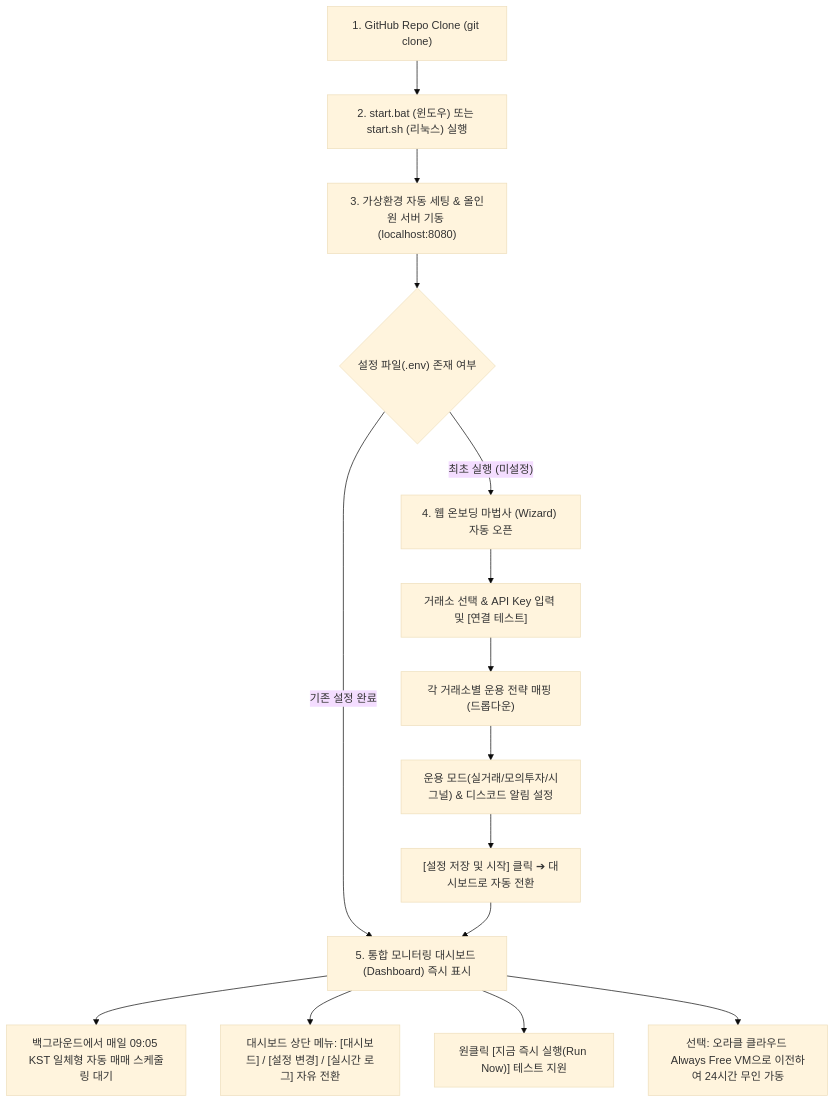
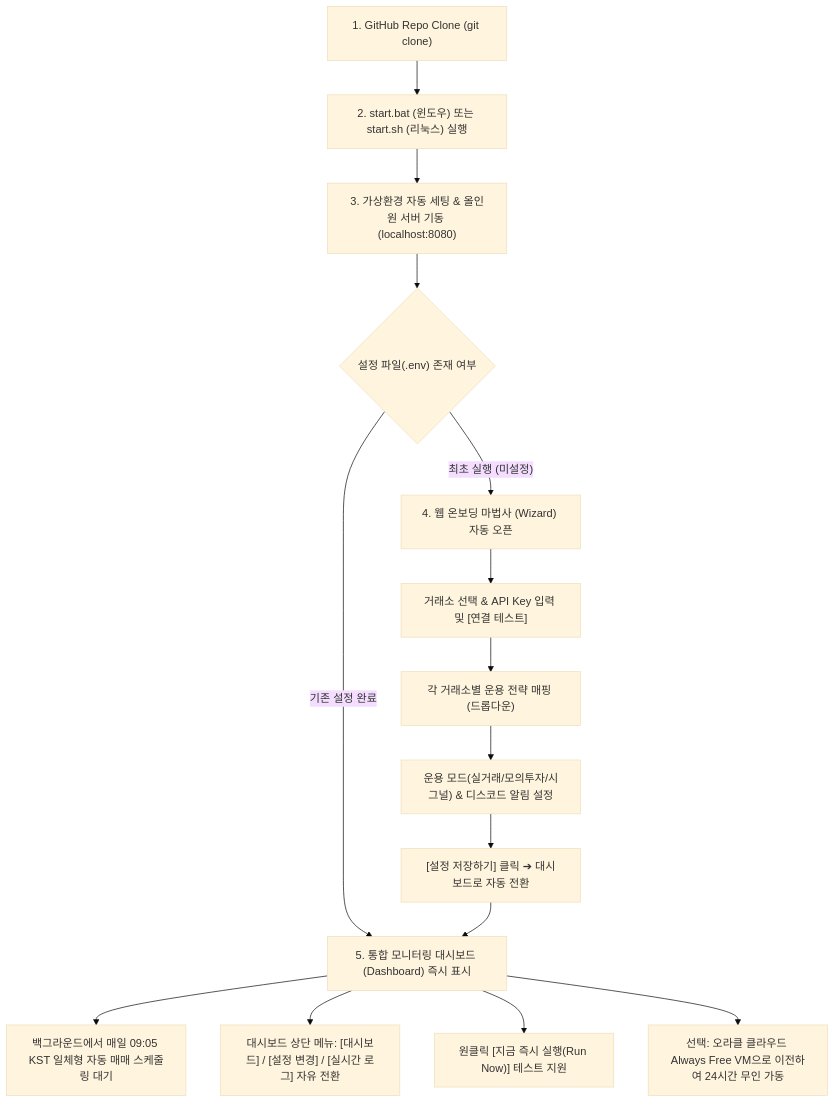
Before and after one commit to haksoo0918/crypto-quant-wizard: the diagram in PRD.md, drawn with Mermaid (base theme). The commit also changed other lines of this file and 2 other files, not shown here.

Commit message:
fix(ui): simplify submit button to '설정 저장하기' to match schedule checkbox state

````diff
--- a/PRD.md
+++ b/PRD.md
@@ -30,17 +30,17 @@
 ```mermaid
 flowchart TD
     A["1. GitHub Repo Clone (git clone)"] --> B["2. start.bat (윈도우) 또는 start.sh (리눅스) 실행"]
     B --> C["3. 가상환경 자동 세팅 & 올인원 서버 기동 (localhost:8080)"]
     C --> D{"설정 파일(.env) 존재 여부"}
     D -- "최초 실행 (미설정)" --> E["4. 웹 온보딩 마법사 (Wizard) 자동 오픈"]
     D -- "기존 설정 완료" --> F["5. 통합 모니터링 대시보드 (Dashboard) 즉시 표시"]
     E --> E1["거래소 선택 & API Key 입력 및 [연결 테스트]"]
     E1 --> E2["각 거래소별 운용 전략 매핑 (드롭다운)"]
     E2 --> E3["운용 모드(실거래/모의투자/시그널) & 디스코드 알림 설정"]
-    E3 --> E4["[설정 저장 및 시작] 클릭 ➔ 대시보드로 자동 전환"]
+    E3 --> E4["[설정 저장하기] 클릭 ➔ 대시보드로 자동 전환"]
     E4 --> F
     F --> G["백그라운드에서 매일 09:05 KST 일체형 자동 매매 스케줄링 대기"]
     F --> H["대시보드 상단 메뉴: [대시보드] / [설정 변경] / [실시간 로그] 자유 전환"]
     F --> I["원클릭 [지금 즉시 실행(Run Now)] 테스트 지원"]
     F --> J["선택: 오라클 클라우드 Always Free VM으로 이전하여 24시간 무인 가동"]
 ```
````
